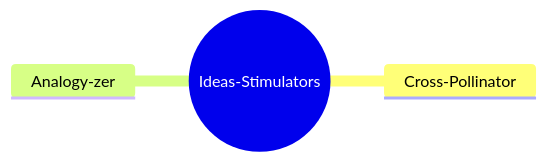
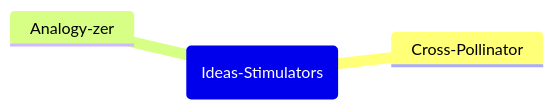
The eighth of 11 diagrams in 01-articles/prompt_engineering_patterns/README.md (raphaelmansuy/digital_palace), drawn with Mermaid before and after one commit. The commit also changed other lines of this file, not shown here.

Commit message:
Refactor mindmap root syntax

````diff
--- a/01-articles/prompt_engineering_patterns/README.md
+++ b/01-articles/prompt_engineering_patterns/README.md
@@ -342,6 +342,6 @@
 ```mermaid
 mindmap
-  root((Ideas-Stimulators))
+  root(Ideas-Stimulators)
     Cross-Pollinator
     Analogy-zer
 ```
````
